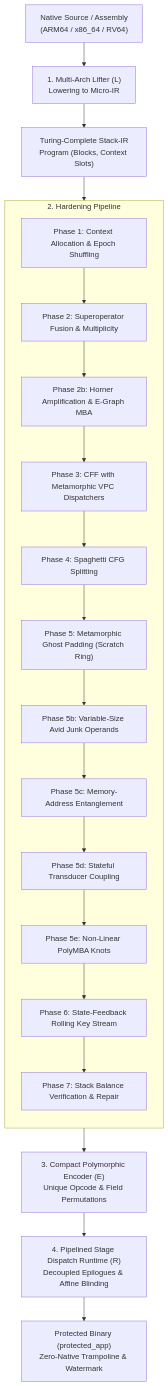
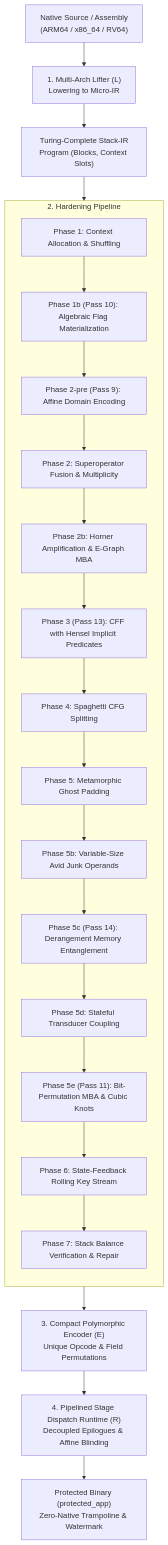
The diagram in docs/VM_PROTECTOR.md (bivex/ASGARD-5877), drawn with Mermaid before and after one commit. The commit also changed other lines of this file, not shown here.

````diff
--- a/docs/VM_PROTECTOR.md
+++ b/docs/VM_PROTECTOR.md
@@ -13,27 +13,29 @@
 ```mermaid
 flowchart TD
     Src["Native Source / Assembly<br/>(ARM64 / x86_64 / RV64)"] --> Lift["1. Multi-Arch Lifter (L)<br/>Lowering to Micro-IR"]
     Lift --> IR["Turing-Complete Stack-IR<br/>Program (Blocks, Context Slots)"]
     
     subgraph Passes [2. Hardening Pipeline]
         direction TB
-        P1["Phase 1: Context Allocation & Epoch Shuffling"]
+        P1["Phase 1: Context Allocation & Shuffling"]
+        P1b["Phase 1b (Pass 10): Algebraic Flag Materialization"]
+        P9d["Phase 2-pre (Pass 9): Affine Domain Encoding"]
         P2["Phase 2: Superoperator Fusion & Multiplicity"]
         P3["Phase 2b: Horner Amplification & E-Graph MBA"]
-        P4["Phase 3: CFF with Metamorphic VPC Dispatchers"]
+        P4["Phase 3 (Pass 13): CFF with Hensel Implicit Predicates"]
         P5["Phase 4: Spaghetti CFG Splitting"]
-        P6["Phase 5: Metamorphic Ghost Padding (Scratch Ring)"]
+        P6["Phase 5: Metamorphic Ghost Padding"]
         P7["Phase 5b: Variable-Size Avid Junk Operands"]
-        P8["Phase 5c: Memory-Address Entanglement"]
-        P9["Phase 5d: Stateful Transducer Coupling"]
-        P10["Phase 5e: Non-Linear PolyMBA Knots"]
+        P8["Phase 5c (Pass 14): Derangement Memory Entanglement"]
+        P9t["Phase 5d: Stateful Transducer Coupling"]
+        P10["Phase 5e (Pass 11): Bit-Permutation MBA & Cubic Knots"]
         P11["Phase 6: State-Feedback Rolling Key Stream"]
         P12["Phase 7: Stack Balance Verification & Repair"]
-        P1 --> P2 --> P3 --> P4 --> P5 --> P6 --> P7 --> P8 --> P9 --> P10 --> P11 --> P12
+        P1 --> P1b --> P9d --> P2 --> P3 --> P4 --> P5 --> P6 --> P7 --> P8 --> P9t --> P10 --> P11 --> P12
     end
     
     IR --> P1
     P12 --> Enc["3. Compact Polymorphic Encoder (E)<br/>Unique Opcode & Field Permutations"]
     Enc --> RT["4. Pipelined Stage Dispatch Runtime (R)<br/>Decoupled Epilogues & Affine Blinding"]
     RT --> Bin["Protected Binary (protected_app)<br/>Zero-Native Trampoline & Watermark"]
 ```
````
